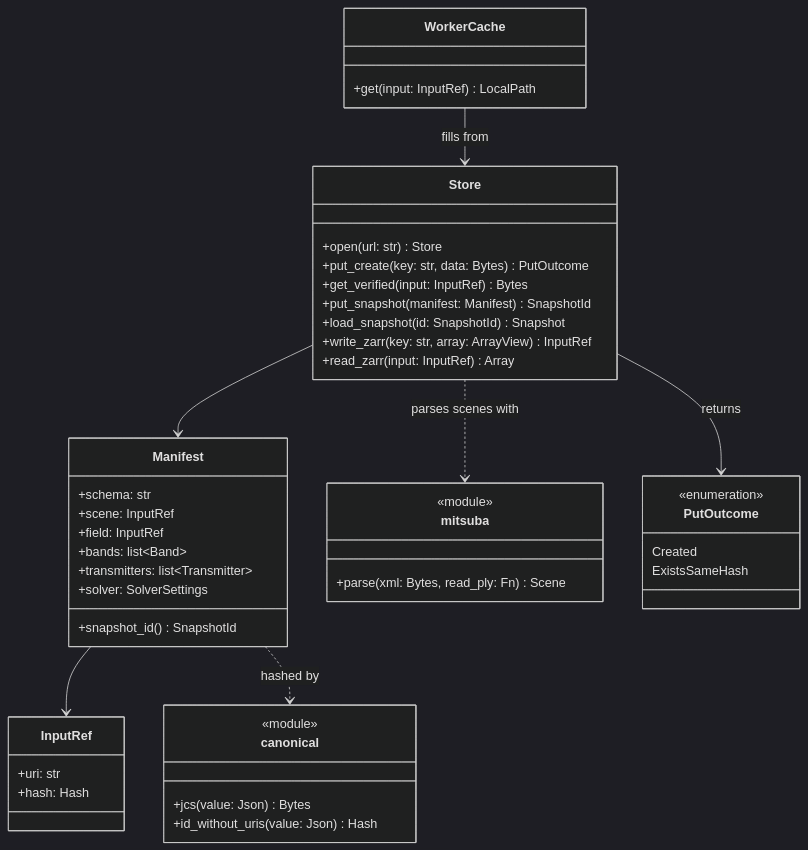
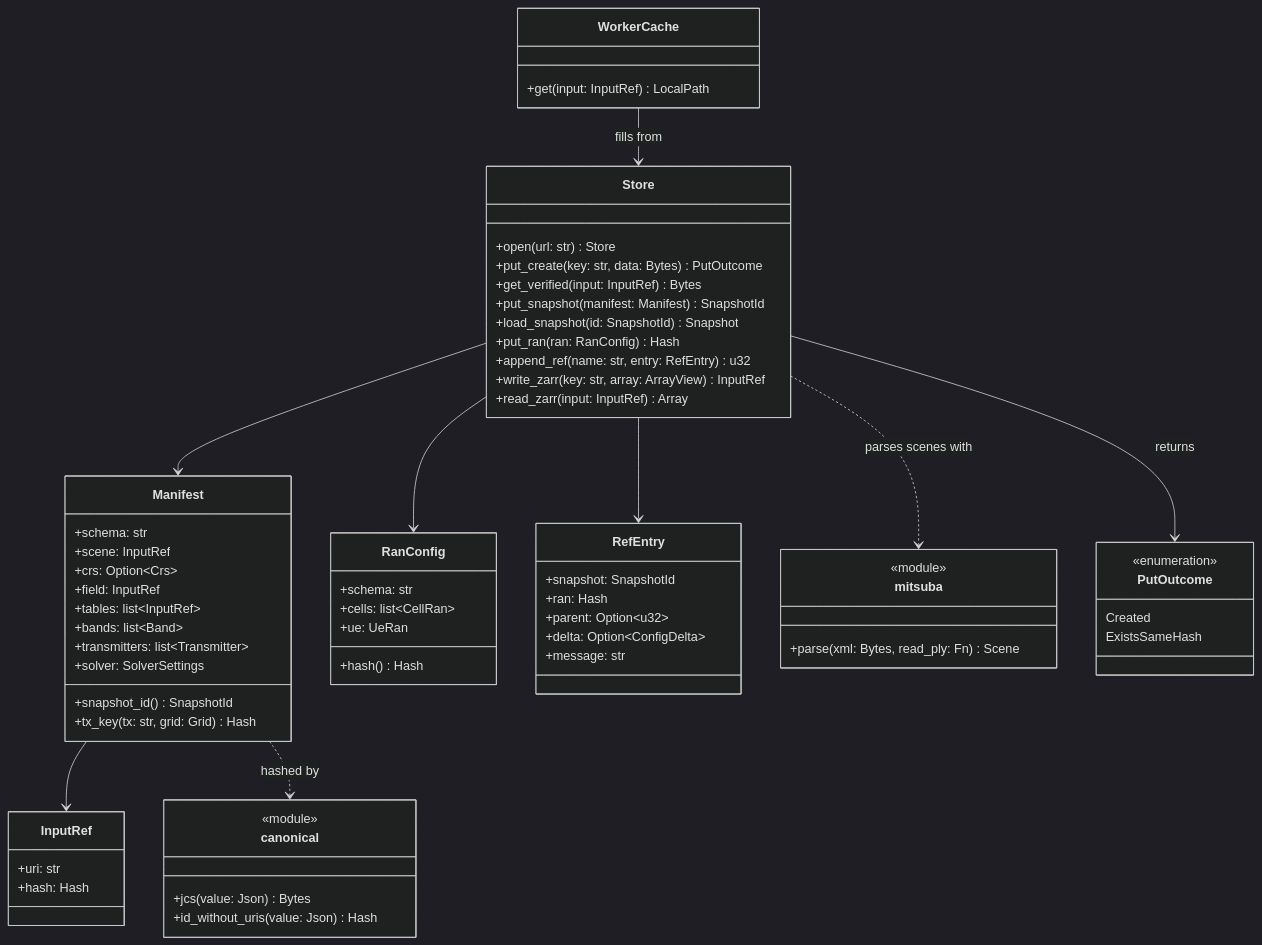
One commit to NguyenVu04/ray-twin changed the third of 16 diagrams in docs/architecture/ARCHITECTURE.md. Above: the diagram before and after it, drawn with Mermaid (dark theme). The commit also changed other lines of this file and 24 other files, not shown here.

````diff
--- a/docs/architecture/ARCHITECTURE.md
+++ b/docs/architecture/ARCHITECTURE.md
@@ -532,55 +473,77 @@
 ```mermaid
 classDiagram
     class Store {
         +open(url: str) Store
         +put_create(key: str, data: Bytes) PutOutcome
         +get_verified(input: InputRef) Bytes
         +put_snapshot(manifest: Manifest) SnapshotId
         +load_snapshot(id: SnapshotId) Snapshot
+        +put_ran(ran: RanConfig) Hash
+        +append_ref(name: str, entry: RefEntry) u32
         +write_zarr(key: str, array: ArrayView) InputRef
         +read_zarr(input: InputRef) Array
     }
 
     class Manifest {
         +schema: str
         +scene: InputRef
+        +crs: Option~Crs~
         +field: InputRef
+        +tables: list~InputRef~
         +bands: list~Band~
         +transmitters: list~Transmitter~
         +solver: SolverSettings
         +snapshot_id() SnapshotId
+        +tx_key(tx: str, grid: Grid) Hash
+    }
+
+    class RanConfig {
+        +schema: str
+        +cells: list~CellRan~
+        +ue: UeRan
+        +hash() Hash
+    }
+
+    class RefEntry {
+        +snapshot: SnapshotId
+        +ran: Hash
+        +parent: Option~u32~
+        +delta: Option~ConfigDelta~
+        +message: str
     }
 
     class InputRef {
         +uri: str
         +hash: Hash
     }
 
     class canonical {
         <<module>>
         +jcs(value: Json) Bytes
         +id_without_uris(value: Json) Hash
     }
 
     class mitsuba {
         <<module>>
         +parse(xml: Bytes, read_ply: Fn) Scene
     }
 
     class PutOutcome {
         <<enumeration>>
         Created
         ExistsSameHash
     }
 
     class WorkerCache {
         +get(input: InputRef) LocalPath
     }
 
     Store --> Manifest
+    Store --> RanConfig
+    Store --> RefEntry
     Manifest --> InputRef
     Manifest ..> canonical : hashed by
     Store ..> mitsuba : parses scenes with
     Store --> PutOutcome : returns
     WorkerCache --> Store : fills from
 ```
````
